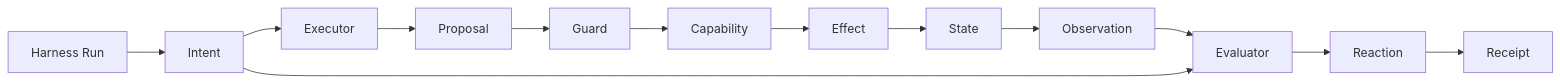
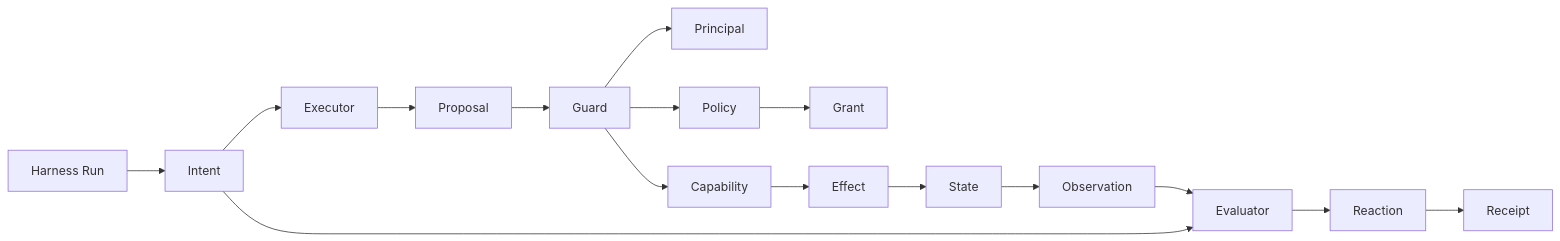
Before and after one commit to bioshazard/harness-engineering: the diagram in poc/hello-world/docs/ontology.md, drawn with Mermaid. The commit also changed other lines of this file and 13 other files, not shown here.

````diff
--- a/poc/hello-world/docs/ontology.md
+++ b/poc/hello-world/docs/ontology.md
@@ -48,15 +60,18 @@
 ```mermaid
 flowchart LR
   H["Harness Run"] --> I["Intent"]
   I --> X["Executor"]
   X --> P["Proposal"]
   P --> G["Guard"]
+  G --> N["Principal"]
+  G --> Y["Policy"]
+  Y --> A["Grant"]
   G --> C["Capability"]
   C --> F["Effect"]
   F --> S["State"]
   S --> O["Observation"]
   O --> E["Evaluator"]
   I --> E
   E --> R["Reaction"]
   R --> Q["Receipt"]
 ```
````
